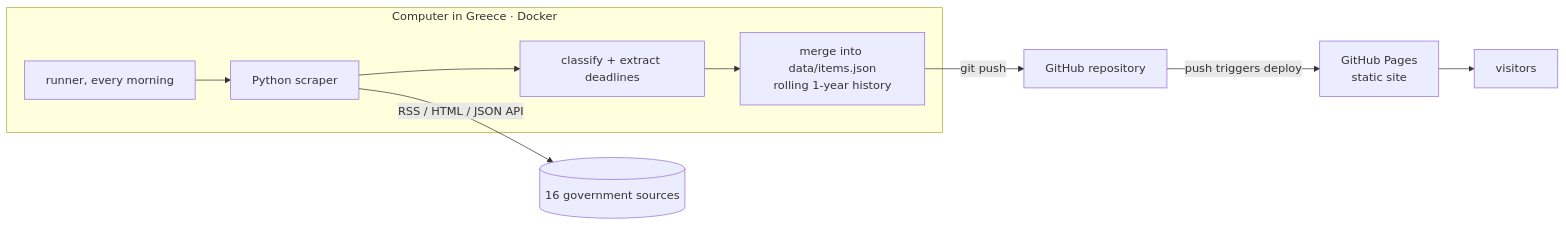
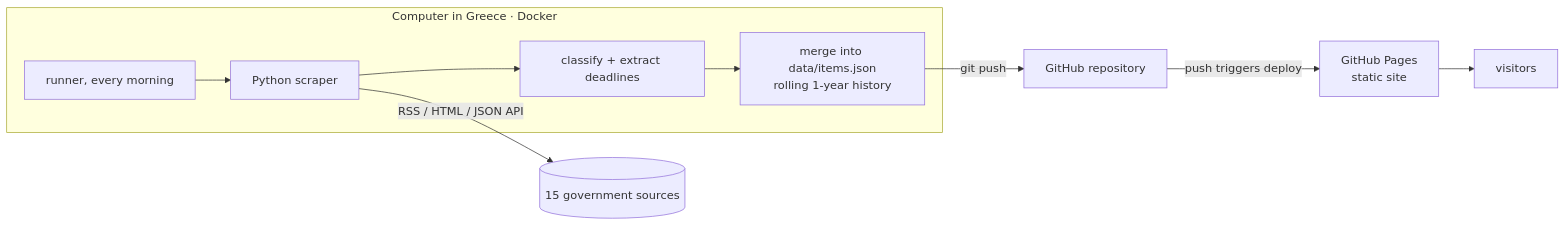
One commit to ThanosTheodorakis/kyrbeis changed the diagram in README.md. Above: the diagram before and after it, drawn with Mermaid. The commit also changed other lines of this file and 2 other files, not shown here.

Commit message:
Sources: IKY/ELIDEK as feeds, minagric as HTML, ELGA off (broken certificate)

````diff
--- a/README.md
+++ b/README.md
@@ -31,12 +31,12 @@
 ```mermaid
 flowchart LR
     subgraph PC[Computer in Greece · Docker]
       A[runner, every morning] --> B[Python scraper]
       B --> D[classify + extract deadlines]
       D --> E[merge into data/items.json<br/>rolling 1-year history]
     end
-    B -->|RSS / HTML / JSON API| C[(16 government sources)]
+    B -->|RSS / HTML / JSON API| C[(15 government sources)]
     E -->|git push| G[GitHub repository]
     G -->|push triggers deploy| H[GitHub Pages<br/>static site]
     H --> V[visitors]
 ```
````
